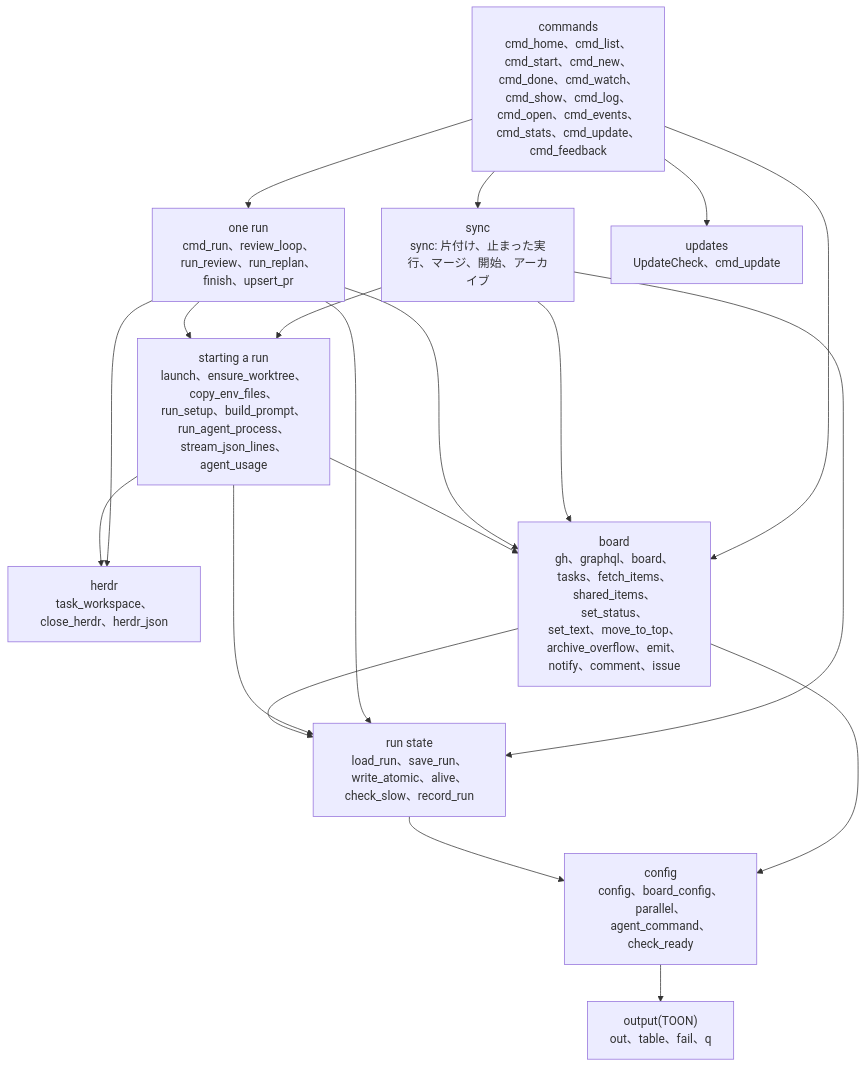
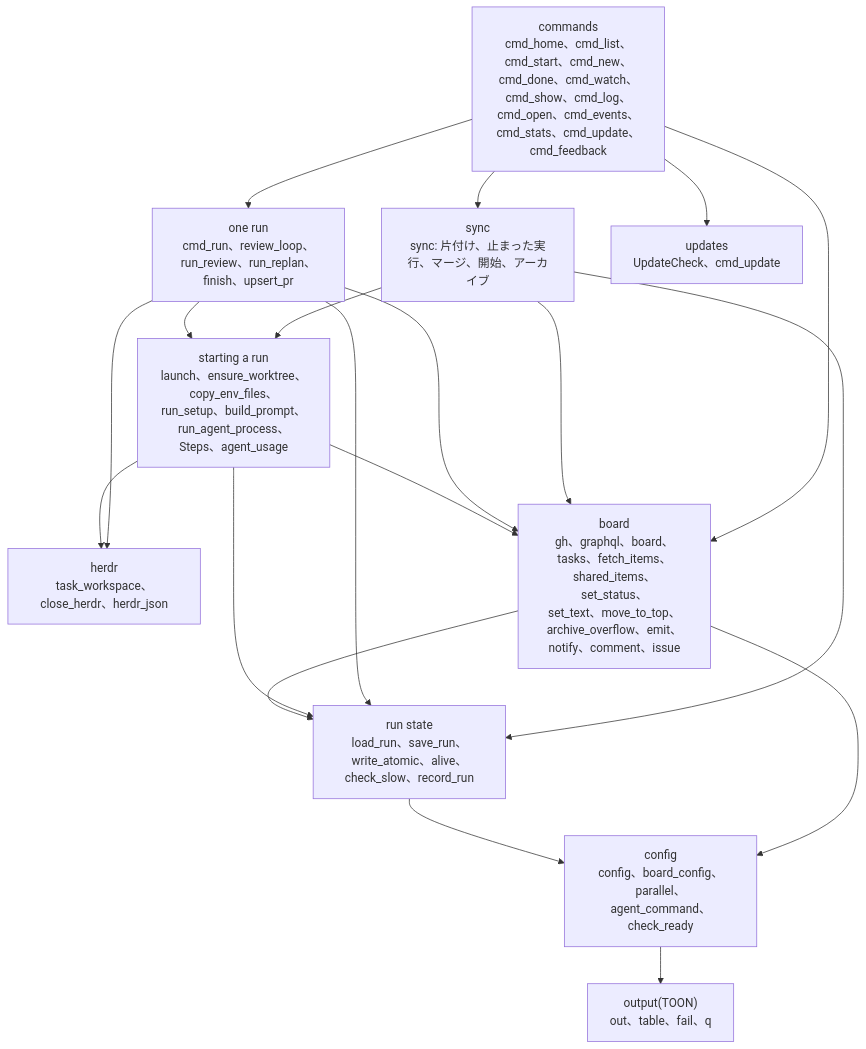
Before and after one commit to dip-ka-jo/task-hub-1: the first of 7 diagrams in docs/architecture/lld.md, drawn with Mermaid. The commit also changed other lines of this file and 6 other files, not shown here.

````diff
--- a/docs/architecture/lld.md
+++ b/docs/architecture/lld.md
@@ -11,32 +11,32 @@
 ```mermaid
 flowchart TB
     commands["commands<br/>cmd_home、cmd_list、cmd_start、cmd_new、cmd_done、cmd_watch、<br/>cmd_show、cmd_log、cmd_open、cmd_events、cmd_stats、cmd_update、cmd_feedback"]
     sync["sync<br/>sync: 片付け、止まった実行、マージ、開始、アーカイブ"]
     runone["one run<br/>cmd_run、review_loop、run_review、run_replan、finish、upsert_pr"]
-    start["starting a run<br/>launch、ensure_worktree、copy_env_files、run_setup、build_prompt、<br/>run_agent_process、stream_json_lines、agent_usage"]
+    start["starting a run<br/>launch、ensure_worktree、copy_env_files、run_setup、build_prompt、<br/>run_agent_process、Steps、agent_usage"]
     herdr["herdr<br/>task_workspace、close_herdr、herdr_json"]
     runstate["run state<br/>load_run、save_run、write_atomic、alive、check_slow、record_run"]
     boardl["board<br/>gh、graphql、board、tasks、fetch_items、shared_items、set_status、<br/>set_text、move_to_top、archive_overflow、emit、notify、comment、issue"]
     config["config<br/>config、board_config、parallel、agent_command、check_ready"]
     output["output(TOON)<br/>out、table、fail、q"]
     updates["updates<br/>UpdateCheck、cmd_update"]
 
     commands --> sync
     commands --> runone
     commands --> boardl
     commands --> updates
     sync --> start
     sync --> boardl
     sync --> runstate
     runone --> start
     runone --> boardl
     runone --> runstate
     runone --> herdr
     start --> herdr
     start --> runstate
     start --> boardl
     boardl --> runstate
     boardl --> config
     runstate --> config
     config --> output
 ```
````
